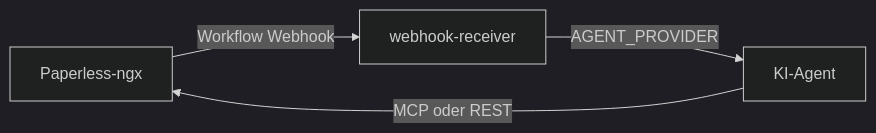
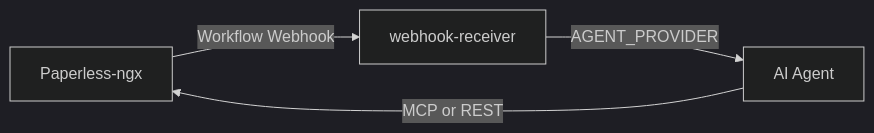
The first of 2 diagrams in README.md (boexler/paperless-ai-tagger), drawn with Mermaid (dark theme) before and after one commit. The commit also changed other lines of this file, not shown here.

````diff
--- a/README.md
+++ b/README.md
@@ -9,6 +9,6 @@
 ```mermaid
 flowchart LR
     P[Paperless-ngx] -->|Workflow Webhook| W[webhook-receiver]
-    W -->|AGENT_PROVIDER| A[KI-Agent]
-    A -->|MCP oder REST| P
+    W -->|AGENT_PROVIDER| A[AI Agent]
+    A -->|MCP or REST| P
 ```
````
